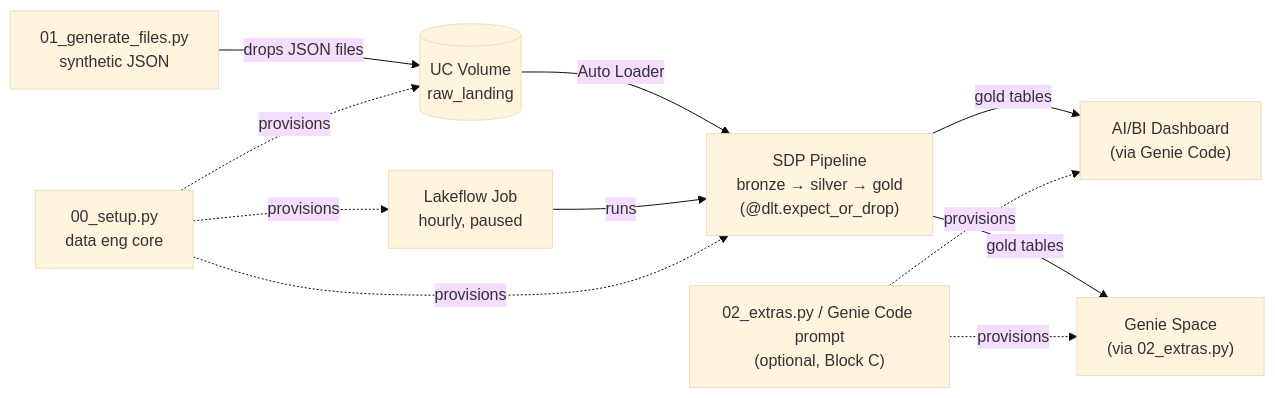
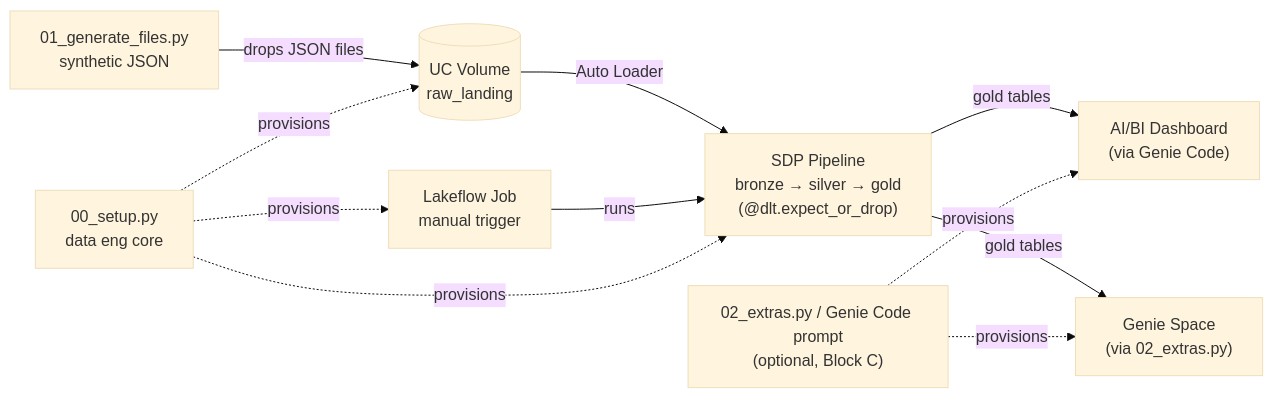
Before and after one commit to fabienv-vibes/edetl-workshop: the diagram in README.md, drawn with Mermaid (base theme). The commit also changed other lines of this file and 2 other files, not shown here.

Commit message:
Drop the hourly schedule from the workshop job
Job 820662477530828 ([dev fabien_vaucheret] [dev] edetl-ingestion,
leftover from an earlier bundle deploy -t dev) ended up UNPAUSED in
fevm-juniper-square-demo and was retrying hourly against stale
pipeline state. Paused it directly; removing the schedule from
resources/ingestion_job.yml and src/setup_dev.py so neither future
bundle deploys nor 00_setup.py recreate a scheduled job.

Workshop attendees now trigger the job manually, which is the right
default for a demo and avoids the silent-failure hazard. README's
mermaid diagram label and Block B step 3 updated accordingly.

````diff
--- a/README.md
+++ b/README.md
@@ -48,22 +48,22 @@
 ```mermaid
 flowchart LR
     GEN["01_generate_files.py<br>synthetic JSON"]
     SETUP["00_setup.py<br>data eng core"]
     EXTRAS["02_extras.py / Genie Code prompt<br>(optional, Block C)"]
     VOL[("UC Volume<br>raw_landing")]
     SDP["SDP Pipeline<br>bronze → silver → gold<br>(@dlt.expect_or_drop)"]
-    JOB["Lakeflow Job<br>hourly, paused"]
+    JOB["Lakeflow Job<br>manual trigger"]
     DASH["AI/BI Dashboard<br>(via Genie Code)"]
     GENIE["Genie Space<br>(via 02_extras.py)"]
 
     GEN -->|drops JSON files| VOL
     VOL -->|Auto Loader| SDP
     JOB -->|runs| SDP
     SDP -->|gold tables| DASH
     SDP -->|gold tables| GENIE
     SETUP -.->|provisions| VOL
     SETUP -.->|provisions| SDP
     SETUP -.->|provisions| JOB
     EXTRAS -.->|provisions| DASH
     EXTRAS -.->|provisions| GENIE
 ```
````
